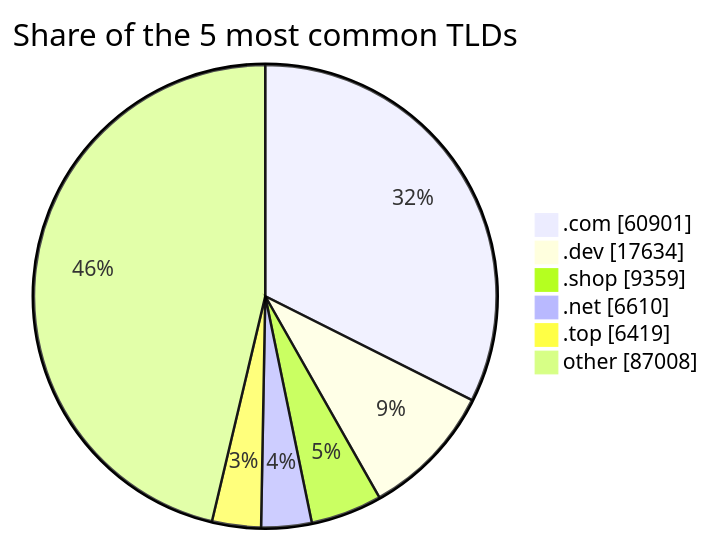
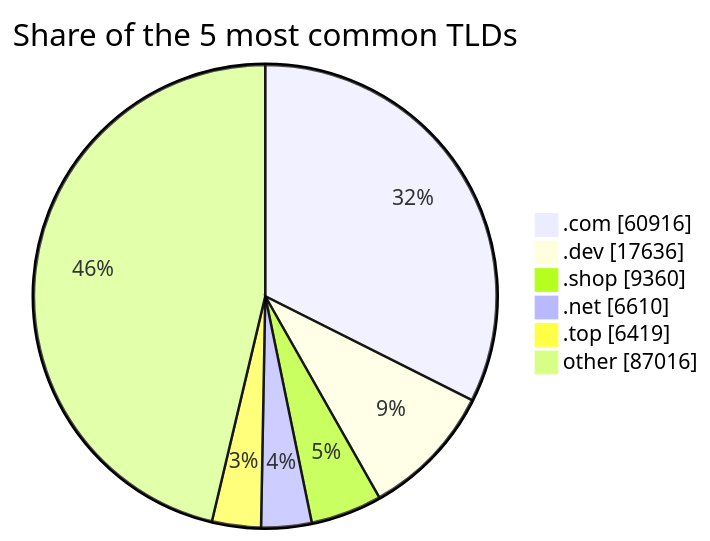
One commit to DNSBunker/CTI changed the third of 3 diagrams in README.md. Above: the diagram before and after it, drawn with Mermaid. The commit also changed other lines of this file and 3 other files, not shown here.

````diff
--- a/README.md
+++ b/README.md
@@ -81,9 +81,9 @@
 ```mermaid
 pie showData title Share of the 5 most common TLDs
-    ".com" : 60901
-    ".dev" : 17634
-    ".shop" : 9359
+    ".com" : 60916
+    ".dev" : 17636
+    ".shop" : 9360
     ".net" : 6610
     ".top" : 6419
-    "other" : 87008
+    "other" : 87016
 ```
````
